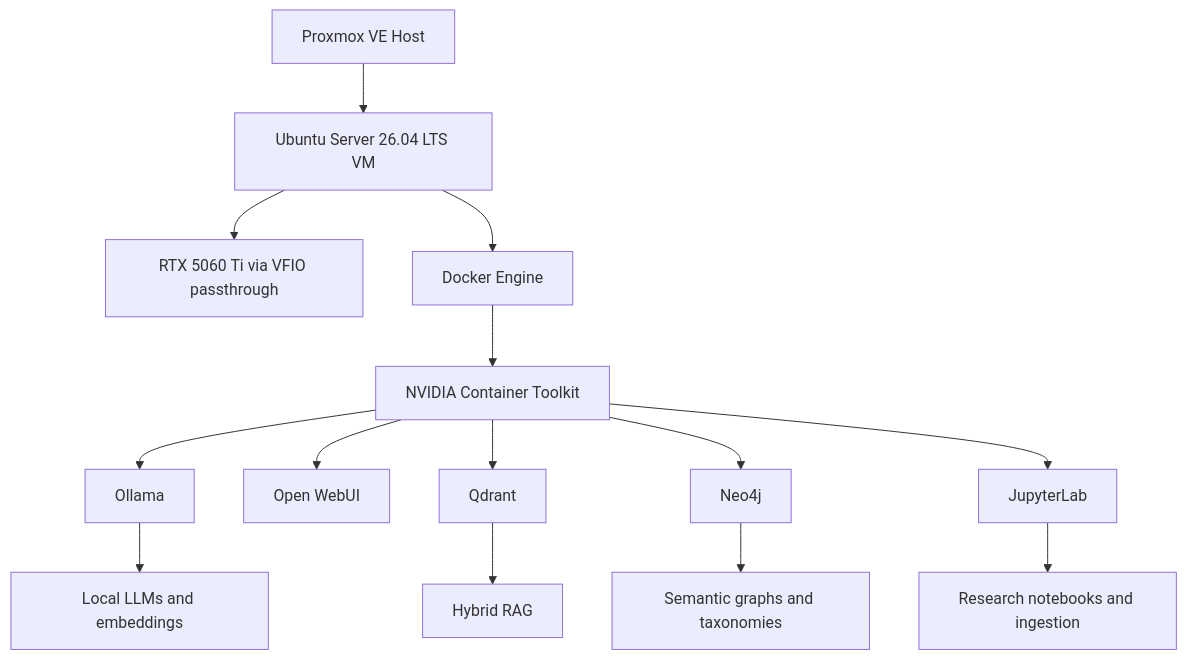
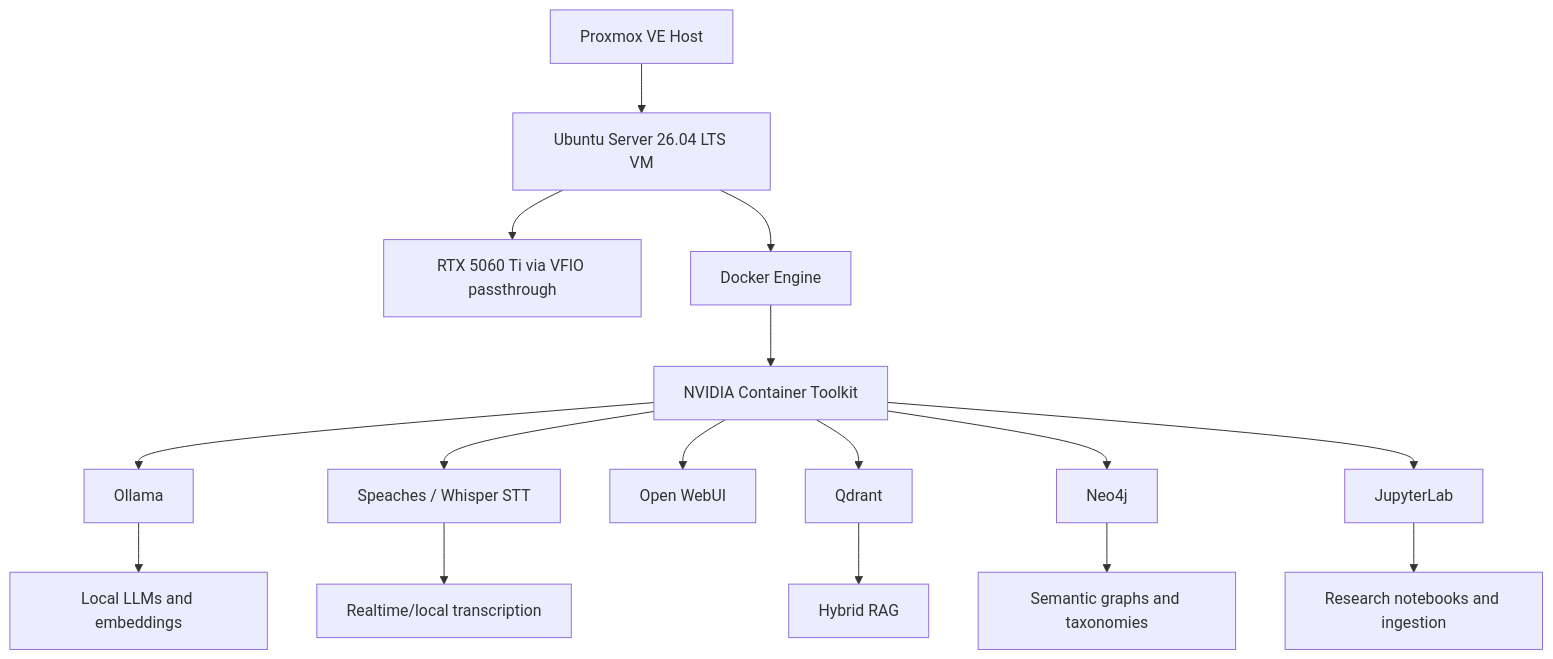
The diagram in README.md (LAPAN-HUGODEPAULA/proxmox-lapan-ai-setup), drawn with Mermaid before and after one commit. The commit also changed other lines of this file and 12 other files, not shown here.

````diff
--- a/README.md
+++ b/README.md
@@ -7,16 +7,18 @@
 ```mermaid
 flowchart TD
     A[Proxmox VE Host] --> B[Ubuntu Server 26.04 LTS VM]
     B --> C[RTX 5060 Ti via VFIO passthrough]
     B --> D[Docker Engine]
     D --> E[NVIDIA Container Toolkit]
     E --> F[Ollama]
-    E --> G[Open WebUI]
-    E --> H[Qdrant]
-    E --> I[Neo4j]
-    E --> J[JupyterLab]
-    F --> K[Local LLMs and embeddings]
-    H --> L[Hybrid RAG]
-    I --> M[Semantic graphs and taxonomies]
-    J --> N[Research notebooks and ingestion]
+    E --> G[Speaches / Whisper STT]
+    E --> H[Open WebUI]
+    E --> I[Qdrant]
+    E --> J[Neo4j]
+    E --> K[JupyterLab]
+    F --> L[Local LLMs and embeddings]
+    G --> M[Realtime/local transcription]
+    I --> N[Hybrid RAG]
+    J --> O[Semantic graphs and taxonomies]
+    K --> P[Research notebooks and ingestion]
 ```
````
